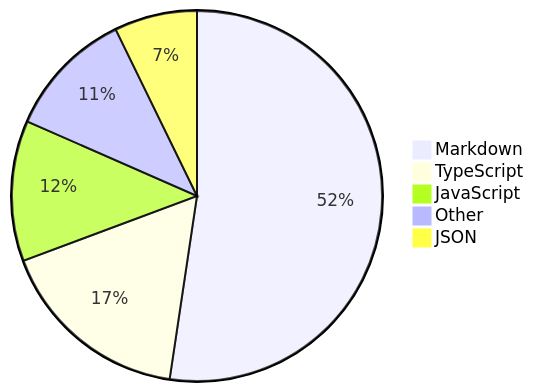
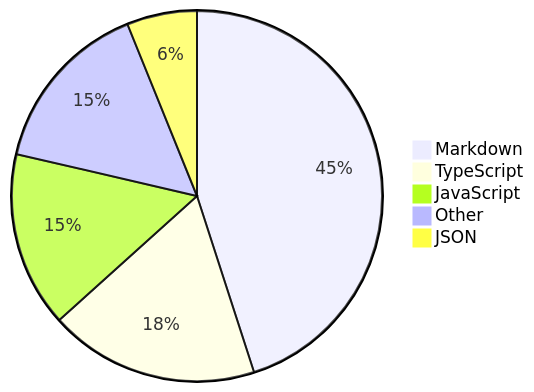
Before and after one commit to Alicia111/alicia111: the diagram in README.md, drawn with Mermaid.

Commit message:
Update WakaTime stats (・ω・)b

````diff
--- a/README.md
+++ b/README.md
@@ -32,8 +32,8 @@
 ```mermaid
 pie
-    "Markdown" : 52.14
-    "TypeScript" : 16.89
-    "JavaScript" : 12.21
-    "Other" : 11.14
-    "JSON" : 7.2
+    "Markdown" : 43.1
+    "TypeScript" : 17.53
+    "JavaScript" : 14.65
+    "Other" : 14.6
+    "JSON" : 5.86
 ```
````
